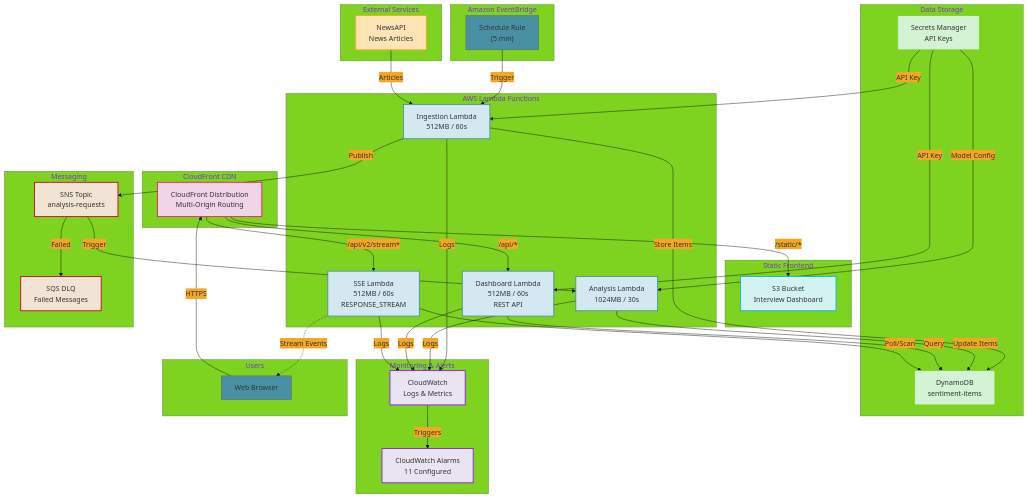
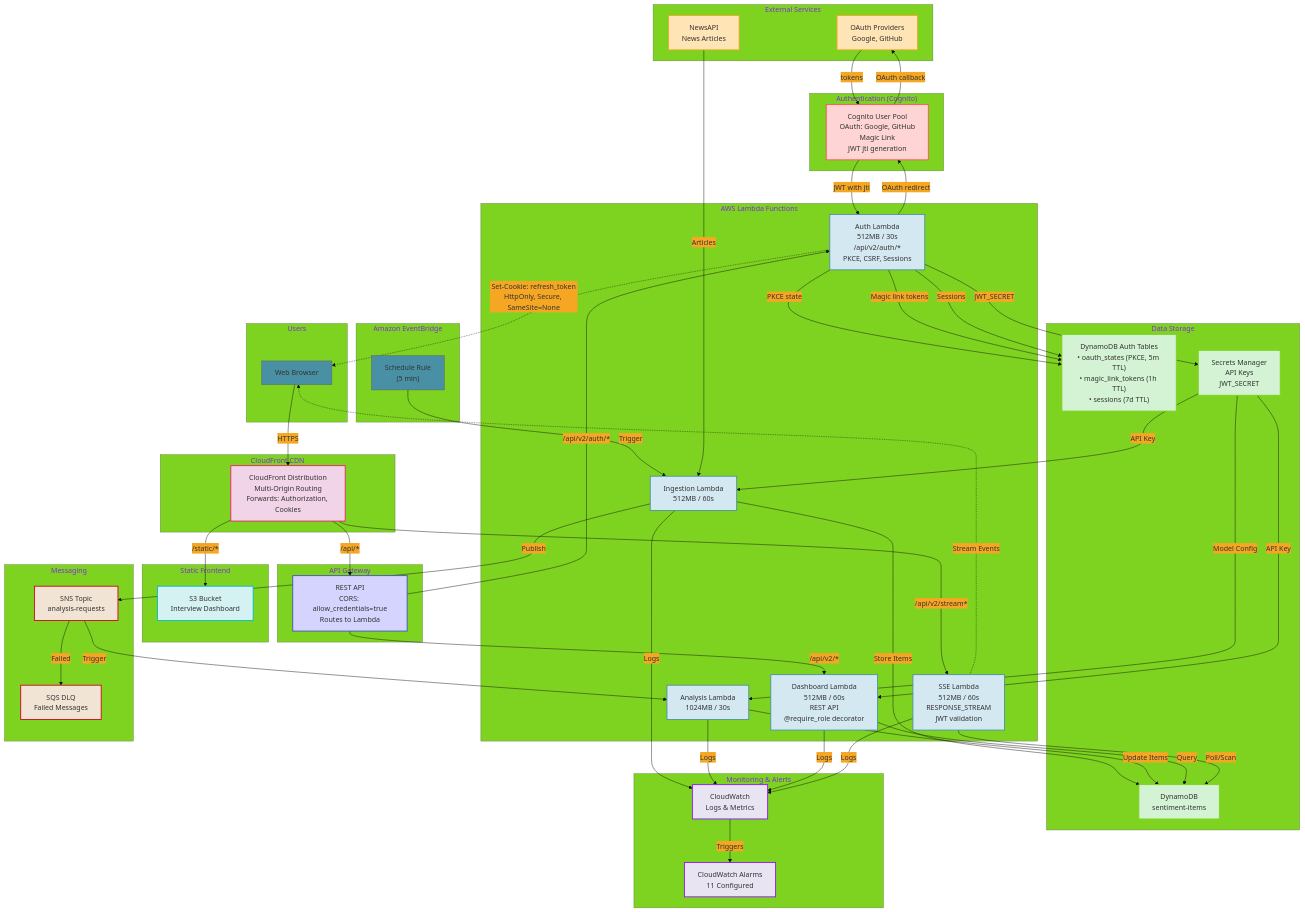
One commit to traylorre/sentiment-analyzer-gsk changed the diagram in docs/architecture.mmd. Above: the diagram before and after it, drawn with Mermaid.

Commit message:
docs(1194): Update architecture.mmd with auth infrastructure
Add missing authentication layer to system architecture diagram:
- Cognito User Pool (OAuth Google/GitHub, Magic Link, JWT jti)
- API Gateway between CloudFront and Lambda
- Auth Lambda (/api/v2/auth/*, PKCE, CSRF, Sessions)
- Auth DynamoDB tables (oauth_states, magic_link_tokens, sessions)
- JWT_SECRET in Secrets Manager
- HttpOnly refresh token cookie flow
- @require_role decorator on protected endpoints

Aligns diagram with spec-v2.md authoritative auth architecture.

Refs: #1194

🤖 Generated with [Claude Code](https://claude.com/claude-code)

```diff
--- a/docs/architecture.mmd
+++ b/docs/architecture.mmd
@@ -1,94 +1,122 @@
 %%{init: {'theme': 'base', 'themeVariables': { 'primaryColor': '#4A90A4', 'secondaryColor': '#F5A623', 'tertiaryColor': '#7ED321'}}}%%
 flowchart TB
     subgraph External["External Services"]
         NewsAPI["NewsAPI<br/>News Articles"]
+        OAuthProviders["OAuth Providers<br/>Google, GitHub"]
     end
 
     subgraph EventBridge["Amazon EventBridge"]
         Schedule["Schedule Rule<br/>(5 min)"]
     end
 
     subgraph CDN["CloudFront CDN"]
-        CF["CloudFront Distribution<br/>Multi-Origin Routing"]
+        CF["CloudFront Distribution<br/>Multi-Origin Routing<br/>Forwards: Authorization, Cookies"]
+    end
+
+    subgraph APIGateway["API Gateway"]
+        APIGW["REST API<br/>CORS: allow_credentials=true<br/>Routes to Lambda"]
     end
 
     subgraph Frontend["Static Frontend"]
         S3["S3 Bucket<br/>Interview Dashboard"]
     end
 
+    subgraph Auth["Authentication (Cognito)"]
+        Cognito["Cognito User Pool<br/>OAuth: Google, GitHub<br/>Magic Link<br/>JWT jti generation"]
+    end
+
     subgraph Lambda["AWS Lambda Functions"]
         Ingestion["Ingestion Lambda<br/>512MB / 60s"]
         Analysis["Analysis Lambda<br/>1024MB / 30s"]
-        Dashboard["Dashboard Lambda<br/>512MB / 60s<br/>REST API"]
-        SSE["SSE Lambda<br/>512MB / 60s<br/>RESPONSE_STREAM"]
+        AuthLambda["Auth Lambda<br/>512MB / 30s<br/>/api/v2/auth/*<br/>PKCE, CSRF, Sessions"]
+        Dashboard["Dashboard Lambda<br/>512MB / 60s<br/>REST API<br/>@require_role decorator"]
+        SSE["SSE Lambda<br/>512MB / 60s<br/>RESPONSE_STREAM<br/>JWT validation"]
     end
 
     subgraph Storage["Data Storage"]
         DynamoDB["DynamoDB<br/>sentiment-items"]
-        Secrets["Secrets Manager<br/>API Keys"]
+        AuthTables["DynamoDB Auth Tables<br/>• oauth_states (PKCE, 5m TTL)<br/>• magic_link_tokens (1h TTL)<br/>• sessions (7d TTL)"]
+        Secrets["Secrets Manager<br/>API Keys<br/>JWT_SECRET"]
     end
 
     subgraph Messaging["Messaging"]
         SNS["SNS Topic<br/>analysis-requests"]
         DLQ["SQS DLQ<br/>Failed Messages"]
     end
 
     subgraph Monitoring["Monitoring & Alerts"]
         CloudWatch["CloudWatch<br/>Logs & Metrics"]
         Alarms["CloudWatch Alarms<br/>11 Configured"]
     end
 
     subgraph Users["Users"]
         Browser["Web Browser"]
     end
 
-    %% User Request Flow (via CloudFront)
+    %% User Request Flow (via CloudFront → API Gateway)
     Browser -->|HTTPS| CF
     CF -->|"/static/*"| S3
-    CF -->|"/api/*"| Dashboard
+    CF -->|"/api/*"| APIGW
+    APIGW -->|"/api/v2/auth/*"| AuthLambda
+    APIGW -->|"/api/v2/*"| Dashboard
     CF -->|"/api/v2/stream*"| SSE
+
+    %% Authentication Flow
+    AuthLambda -->|OAuth redirect| Cognito
+    Cognito -->|OAuth callback| OAuthProviders
+    OAuthProviders -->|tokens| Cognito
+    Cognito -->|JWT with jti| AuthLambda
+    AuthLambda -->|PKCE state| AuthTables
+    AuthLambda -->|Magic link tokens| AuthTables
+    AuthLambda -->|Sessions| AuthTables
+    AuthLambda -->|JWT_SECRET| Secrets
+    AuthLambda -.->|Set-Cookie: refresh_token<br/>HttpOnly, Secure, SameSite=None| Browser
 
     %% Data Ingestion Flow
     Schedule -->|Trigger| Ingestion
     NewsAPI -->|Articles| Ingestion
     Secrets -->|API Key| Ingestion
     Ingestion -->|Store Items| DynamoDB
     Ingestion -->|Publish| SNS
 
     %% Analysis Flow
     SNS -->|Trigger| Analysis
     SNS -->|Failed| DLQ
     Analysis -->|Update Items| DynamoDB
     Secrets -->|Model Config| Analysis
 
     %% API Flow
     Dashboard -->|Query| DynamoDB
     Secrets -->|API Key| Dashboard
 
     %% SSE Streaming Flow
     SSE -->|Poll/Scan| DynamoDB
     SSE -.->|Stream Events| Browser
 
     %% Monitoring
     Ingestion -->|Logs| CloudWatch
     Analysis -->|Logs| CloudWatch
     Dashboard -->|Logs| CloudWatch
     SSE -->|Logs| CloudWatch
     CloudWatch -->|Triggers| Alarms
 
     %% Styling
     classDef external fill:#FFE4B5,stroke:#F5A623,stroke-width:2px
     classDef lambda fill:#D4E8F2,stroke:#4A90A4,stroke-width:2px
     classDef storage fill:#D4F2D4,stroke:#7ED321,stroke-width:2px
     classDef messaging fill:#F2E4D4,stroke:#D0021B,stroke-width:2px
     classDef monitoring fill:#E8E4F2,stroke:#9013FE,stroke-width:2px
     classDef cdn fill:#F2D4E8,stroke:#E91E63,stroke-width:2px
     classDef frontend fill:#D4F2F2,stroke:#00BCD4,stroke-width:2px
+    classDef auth fill:#FFD4D4,stroke:#FF5252,stroke-width:2px
+    classDef gateway fill:#D4D4FF,stroke:#3F51B5,stroke-width:2px
 
-    class NewsAPI external
-    class Ingestion,Analysis,Dashboard,SSE lambda
-    class DynamoDB,Secrets storage
+    class NewsAPI,OAuthProviders external
+    class Ingestion,Analysis,AuthLambda,Dashboard,SSE lambda
+    class DynamoDB,AuthTables,Secrets storage
     class SNS,DLQ messaging
     class CloudWatch,Alarms monitoring
     class CF cdn
     class S3 frontend
+    class Cognito auth
+    class APIGW gateway
```
